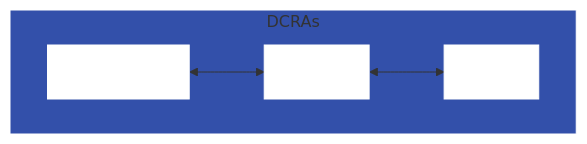
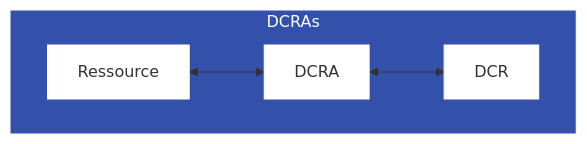
Before and after one commit to elouahidiahmed/soc-doc: the diagram in Sentinel/DCR/01- Règle de collection de données DCR.md, drawn with Mermaid.

Commit message:
v6 graph

````diff
--- a/Sentinel/DCR/01- Règle de collection de données DCR.md
+++ b/Sentinel/DCR/01- Règle de collection de données DCR.md
@@ -35,14 +35,14 @@
 ``` mermaid
 
 flowchart TB
     subgraph DCRAs [DCRAs]
         Ressource <--> DCRA <--> DCR
     end
 
-style DCRAs fill:#3350aa,stroke:#fff,stroke-width:1px
+style DCRAs color:#fff,fill:#3350aa,stroke:#fff,stroke-width:1px
 
-style Ressource color:#fff, fill:#fff, stroke:#fff
-style DCRA     color:#fff, fill:#fff, stroke:#fff
-style DCR      color:#fff, fill:#fff, stroke:#fff
+style Ressource color:#333, fill:#fff, stroke:#fff
+style DCRA     color:#333, fill:#fff, stroke:#fff
+style DCR      color:#333, fill:#fff, stroke:#fff
 
 ```
````
